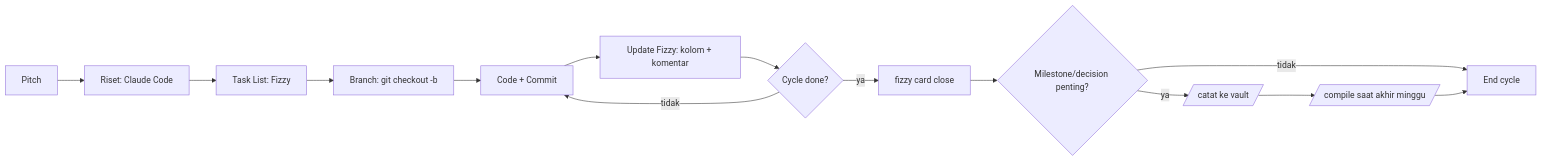
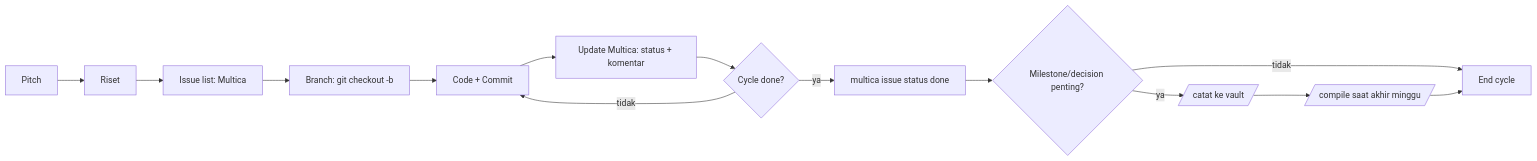
The diagram in skills/founderplus-cycle/SKILL.md (herbras/reporting-flow), drawn with Mermaid before and after one commit. The commit also changed other lines of this file and 3 other files, not shown here.

````diff
--- a/skills/founderplus-cycle/SKILL.md
+++ b/skills/founderplus-cycle/SKILL.md
@@ -154,16 +161,16 @@
 ```mermaid
 flowchart LR
-    A[Pitch] --> B[Riset: Claude Code]
-    B --> C[Task List: Fizzy]
+    A[Pitch] --> B[Riset]
+    B --> C[Issue list: Multica]
     C --> D[Branch: git checkout -b]
     D --> E[Code + Commit]
-    E --> F[Update Fizzy: kolom + komentar]
+    E --> F[Update Multica: status + komentar]
     F --> G{Cycle done?}
     G -->|tidak| E
-    G -->|ya| H[fizzy card close]
+    G -->|ya| H[multica issue status done]
     H --> I{Milestone/decision penting?}
     I -->|ya| J[/catat ke vault/]
     I -->|tidak| K[End cycle]
     J --> L[/compile saat akhir minggu/]
     L --> K
 ```
````
